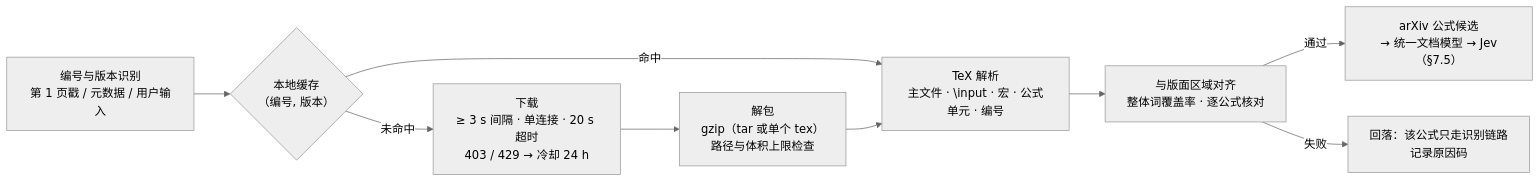
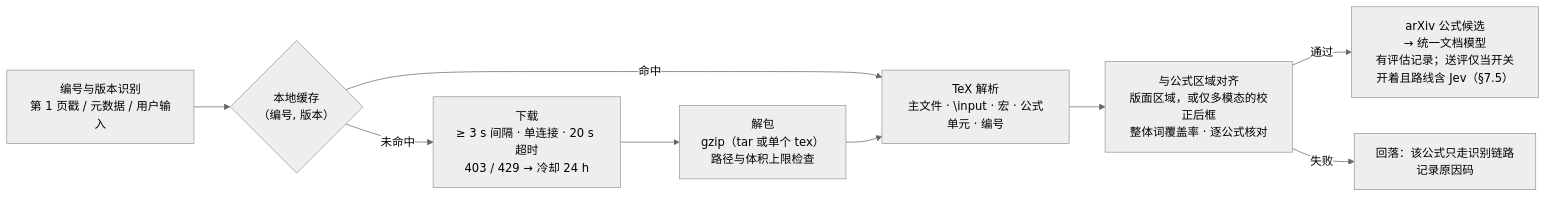
Before and after one commit to wisdom-km/open-immerse-v2: the fifth of 6 diagrams in ARCHITECTURE.md, drawn with Mermaid (neutral theme). The commit also changed other lines of this file and 7 other files, not shown here.

````diff
--- a/ARCHITECTURE.md
+++ b/ARCHITECTURE.md
@@ -1194,11 +1198,11 @@
 ```mermaid
 flowchart LR
   ID["编号与版本识别<br/>第 1 页戳 / 元数据 / 用户输入"] --> C{"本地缓存<br/>（编号, 版本）"}
   C -- "命中" --> P
   C -- "未命中" --> F["下载<br/>≥ 3 s 间隔 · 单连接 · 20 s 超时<br/>403 / 429 → 冷却 24 h"]
   F --> U["解包<br/>gzip（tar 或单个 tex）<br/>路径与体积上限检查"]
   U --> P["TeX 解析<br/>主文件 · \input · 宏 · 公式单元 · 编号"]
-  P --> AL["与版面区域对齐<br/>整体词覆盖率 · 逐公式核对"]
-  AL -- "通过" --> CAND["arXiv 公式候选<br/>→ 统一文档模型 → Jev（§7.5）"]
+  P --> AL["与公式区域对齐<br/>版面区域，或仅多模态的校正后框<br/>整体词覆盖率 · 逐公式核对"]
+  AL -- "通过" --> CAND["arXiv 公式候选<br/>→ 统一文档模型<br/>有评估记录；送评仅当开关开着且路线含 Jev（§7.5）"]
   AL -- "失败" --> FB["回落：该公式只走识别链路<br/>记录原因码"]
 ```
````
